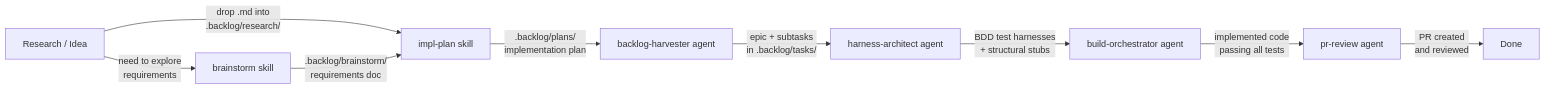
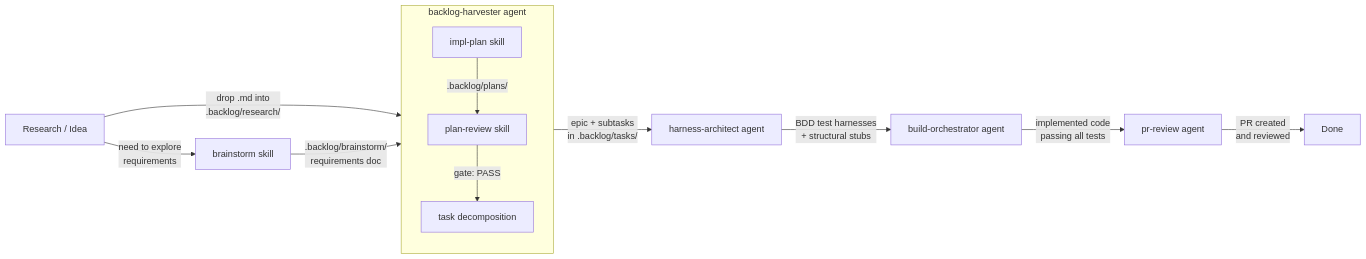
One commit to softwaresalt/agent-engram changed the diagram in AGENTS.md. Above: the diagram before and after it, drawn with Mermaid. The commit also changed other lines of this file and 3 other files, not shown here.

First line of the commit message:
feat(agents): wrap impl-plan and plan-review into backlog-harvester pipeline

````diff
--- a/AGENTS.md
+++ b/AGENTS.md
@@ -272,19 +272,26 @@
 ```mermaid
 flowchart LR
     A["Research / Idea"]
     B["brainstorm skill"]
-    P["impl-plan skill"]
     C["backlog-harvester agent"]
     D["harness-architect agent"]
     E["build-orchestrator agent"]
     F["pr-review agent"]
 
-    A -- "drop .md into\n.backlog/research/" --> P
+    A -- "drop .md into\n.backlog/research/" --> C
     A -- "need to explore\nrequirements" --> B
-    B -- ".backlog/brainstorm/\nrequirements doc" --> P
-    P -- ".backlog/plans/\nimplementation plan" --> C
+    B -- ".backlog/brainstorm/\nrequirements doc" --> C
+
+    subgraph C["backlog-harvester agent"]
+        C1["impl-plan skill"]
+        C2["plan-review skill"]
+        C3["task decomposition"]
+        C1 -- ".backlog/plans/" --> C2
+        C2 -- "gate: PASS" --> C3
+    end
+
     C -- "epic + subtasks\nin .backlog/tasks/" --> D
     D -- "BDD test harnesses\n+ structural stubs" --> E
     E -- "implemented code\npassing all tests" --> F
     F -- "PR created\nand reviewed" --> G["Done"]
 ```
````
